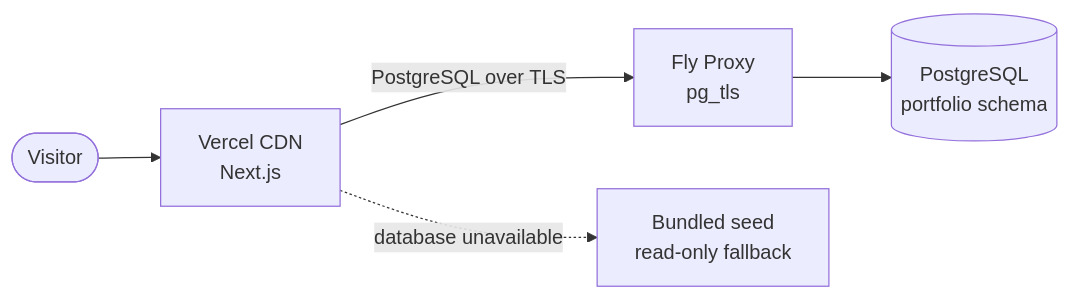
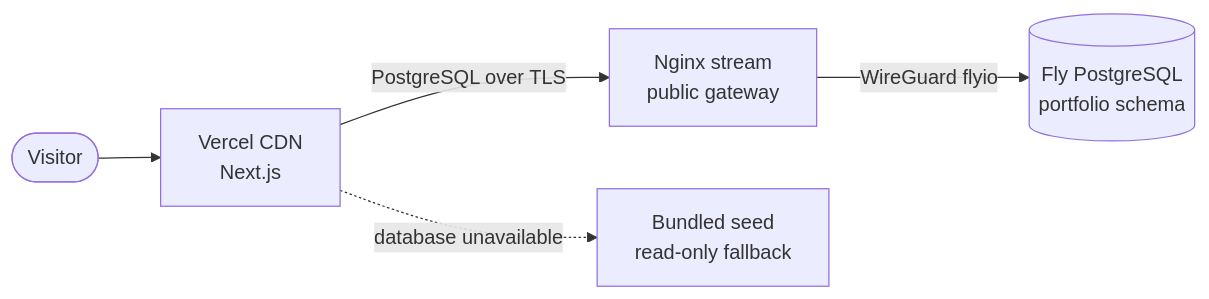
The diagram in README.md (poncosh/poncosh), drawn with Mermaid before and after one commit. The commit also changed other lines of this file and 14 other files, not shown here.

````diff
--- a/README.md
+++ b/README.md
@@ -55,7 +56,7 @@
 ```mermaid
 flowchart LR
     U([Visitor]) --> V[Vercel CDN<br/>Next.js]
-    V -->|PostgreSQL over TLS| F[Fly Proxy<br/>pg_tls]
-    F --> D[(PostgreSQL<br/>portfolio schema)]
+    V -->|PostgreSQL over TLS| N[Nginx stream<br/>public gateway]
+    N -->|WireGuard flyio| D[(Fly PostgreSQL<br/>portfolio schema)]
     V -. database unavailable .-> S[Bundled seed<br/>read-only fallback]
 ```
````
